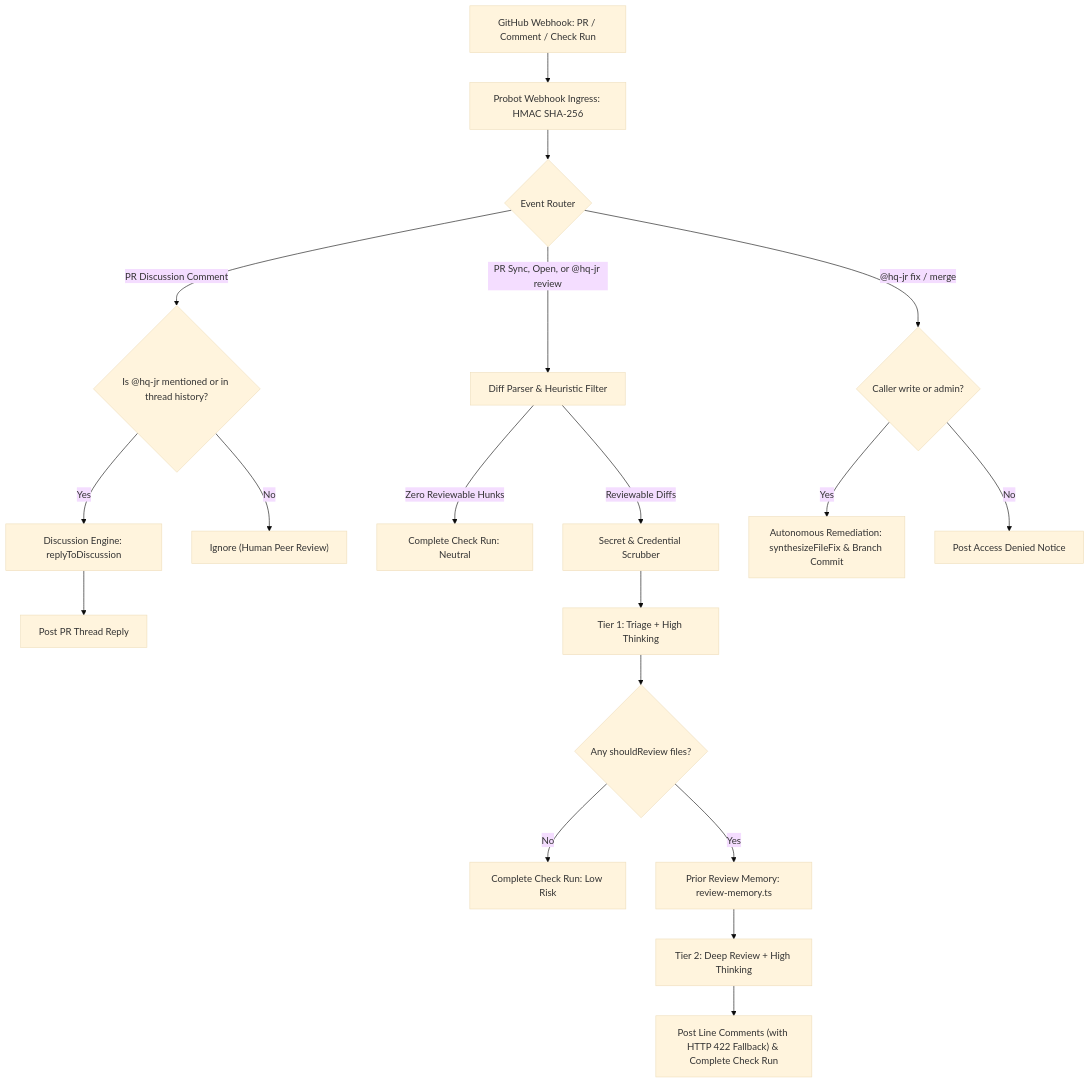
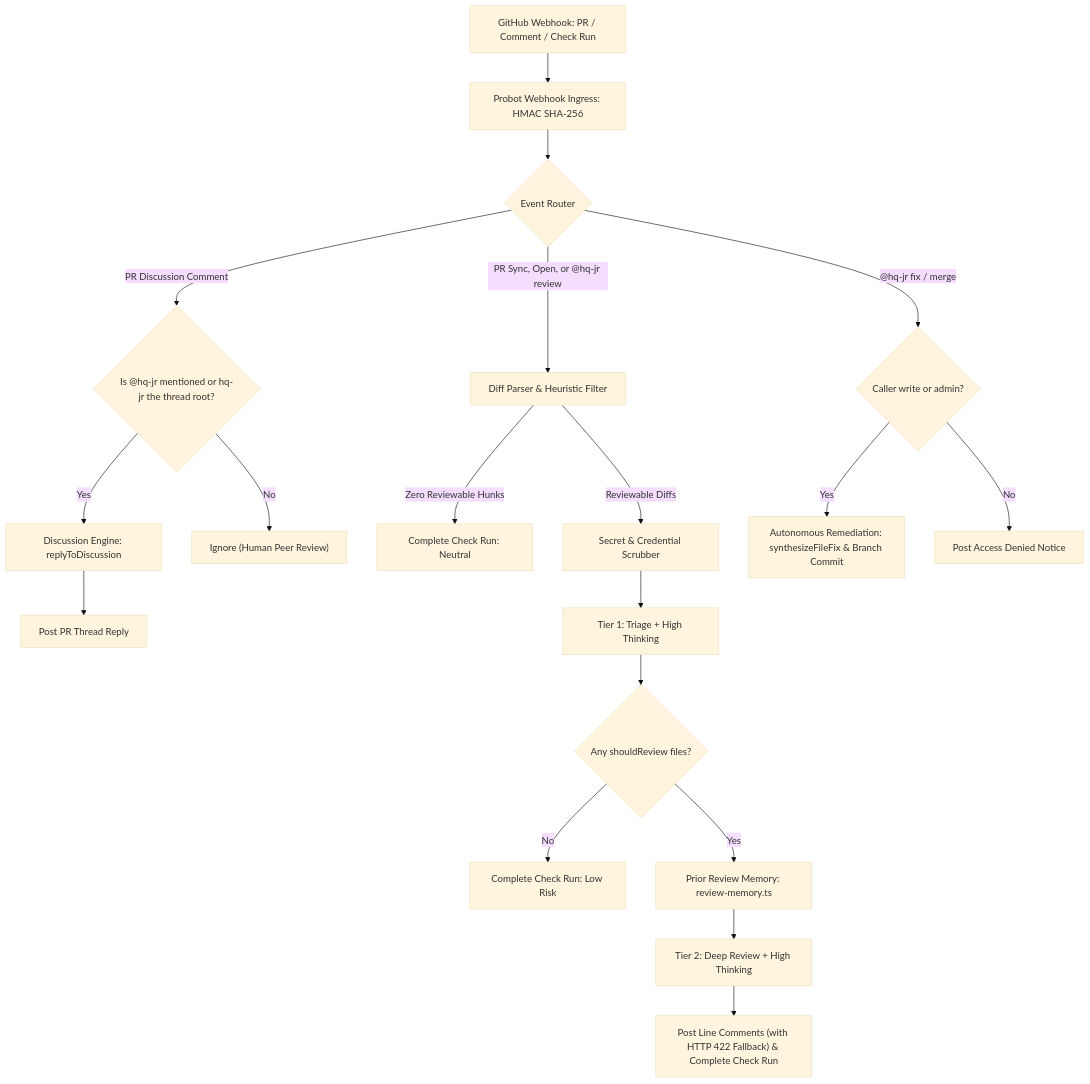
One commit to adi-IL/hq-jr changed the diagram in README.md. Above: the diagram before and after it, drawn with Mermaid (base theme). The commit also changed other lines of this file and 12 other files, not shown here.

````diff
--- a/README.md
+++ b/README.md
@@ -51,26 +51,26 @@
 ```mermaid
 flowchart TD
     PR["GitHub Webhook: PR / Comment / Check Run"] --> Ingress["Probot Webhook Ingress: HMAC SHA-256"]
     Ingress --> Route{"Event Router"}
     
-    Route -->|"PR Discussion Comment"| AntiHijack{"Is @hq-jr mentioned or in thread history?"}
+    Route -->|"PR Discussion Comment"| AntiHijack{"Is @hq-jr mentioned or hq-jr the thread root?"}
     AntiHijack -->|"Yes"| Disc["Discussion Engine: replyToDiscussion"]
     Disc --> PostReply["Post PR Thread Reply"]
     AntiHijack -->|"No"| Ignore["Ignore (Human Peer Review)"]
     
     Route -->|"PR Sync, Open, or @hq-jr review"| Filter["Diff Parser & Heuristic Filter"]
     Filter -->|"Zero Reviewable Hunks"| FastPass["Complete Check Run: Neutral"]
     Filter -->|"Reviewable Diffs"| Scrubber["Secret & Credential Scrubber"]
     Scrubber --> Tier1["Tier 1: Triage + High Thinking"]
     
     Tier1 --> TriageDecision{"Any shouldReview files?"}
     TriageDecision -->|"No"| LowRiskExit["Complete Check Run: Low Risk"]
     TriageDecision -->|"Yes"| Memory["Prior Review Memory: review-memory.ts"]
     Memory --> Tier2["Tier 2: Deep Review + High Thinking"]
     
     Tier2 --> Output["Post Line Comments (with HTTP 422 Fallback) & Complete Check Run"]
     
     Route -->|"@hq-jr fix / merge"| RBAC{"Caller write or admin?"}
     RBAC -->|"Yes"| Remediate["Autonomous Remediation: synthesizeFileFix & Branch Commit"]
     RBAC -->|"No"| Deny["Post Access Denied Notice"]
 ```
````
